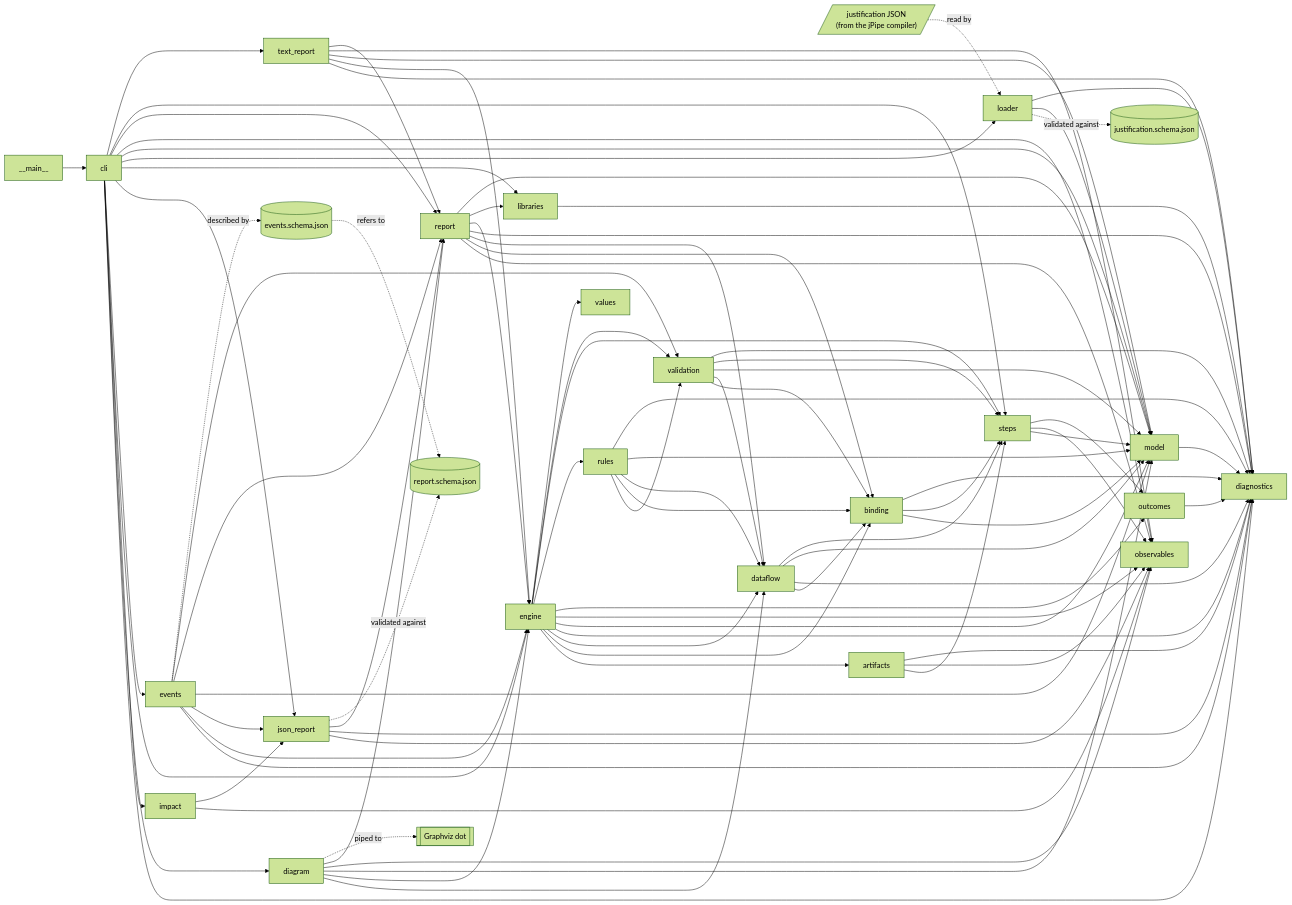
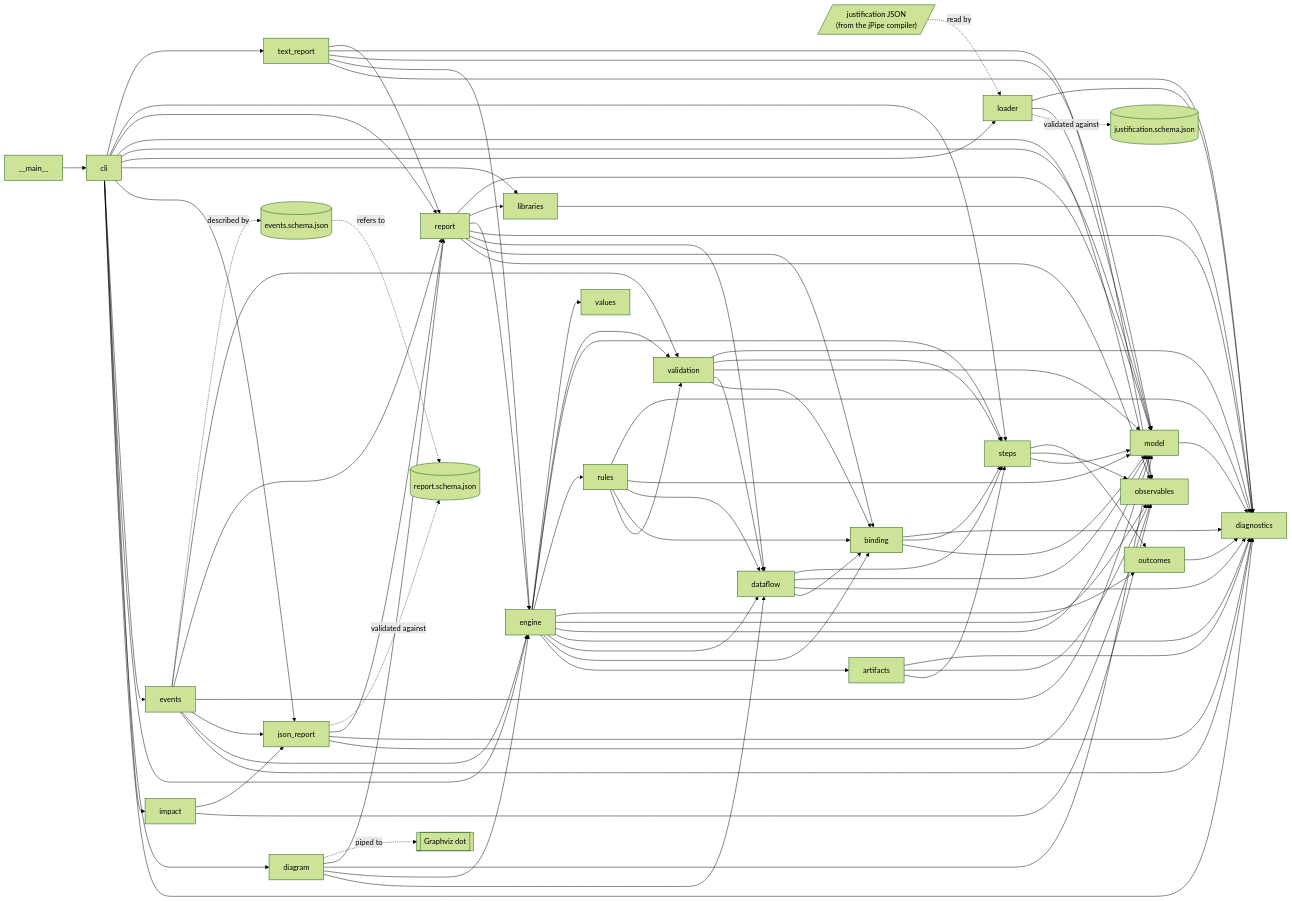
The first of 2 diagrams in docs/design.md (jpipe-mcscert/jpipe-runner), drawn with Mermaid (forest theme) before and after one commit. The commit also changed other lines of this file and 13 other files, not shown here.

First line of the commit message:
fix: address the local review of the diagram sources and source.observed

```diff
--- a/docs/design.md
+++ b/docs/design.md
@@ -64,7 +64,6 @@
     diagram --> dataflow
     diagram --> engine
     diagram --> model
-    diagram --> observables
     diagram --> report
     diagram -.->|piped to| dot[["Graphviz dot"]]
     json_report --> observables
```
